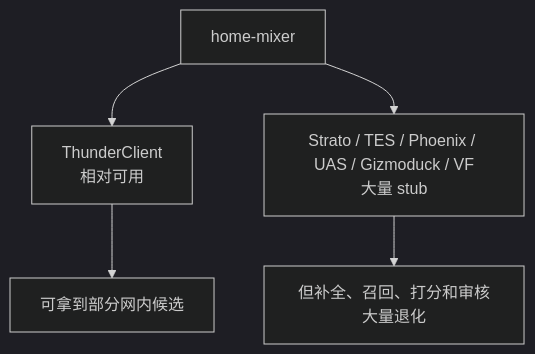
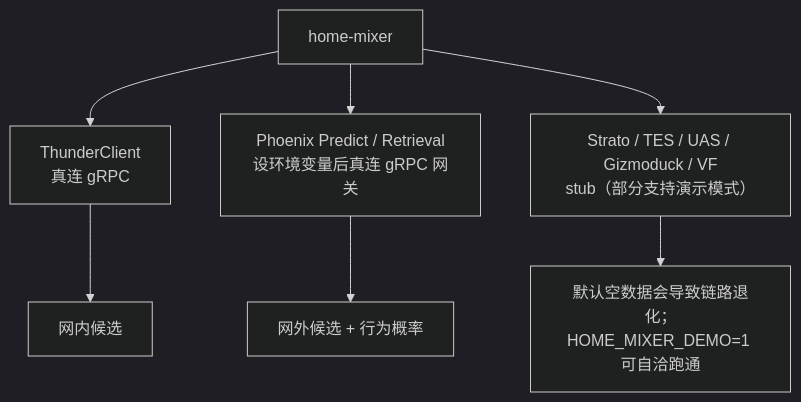
The third of 3 diagrams in docs/home-mixer/05-external-deps-and-contracts.md (freefcw/x-algorithm), drawn with Mermaid (dark theme) before and after one commit. The commit also changed other lines of this file and 32 other files, not shown here.

````diff
--- a/docs/home-mixer/05-external-deps-and-contracts.md
+++ b/docs/home-mixer/05-external-deps-and-contracts.md
@@ -149,7 +151,9 @@
 ```mermaid
 flowchart TD
-    A["home-mixer"] --> B["ThunderClient<br/>相对可用"]
-    A --> C["Strato / TES / Phoenix / UAS / Gizmoduck / VF<br/>大量 stub"]
-    B --> D["可拿到部分网内候选"]
-    C --> E["但补全、召回、打分和审核大量退化"]
+    A["home-mixer"] --> B["ThunderClient<br/>真连 gRPC"]
+    A --> P["Phoenix Predict / Retrieval<br/>设环境变量后真连 gRPC 网关"]
+    A --> C["Strato / TES / UAS / Gizmoduck / VF<br/>stub（部分支持演示模式）"]
+    B --> D["网内候选"]
+    P --> E["网外候选 + 行为概率"]
+    C --> F["默认空数据会导致链路退化；<br/>HOME_MIXER_DEMO=1 可自洽跑通"]
 ```
````
